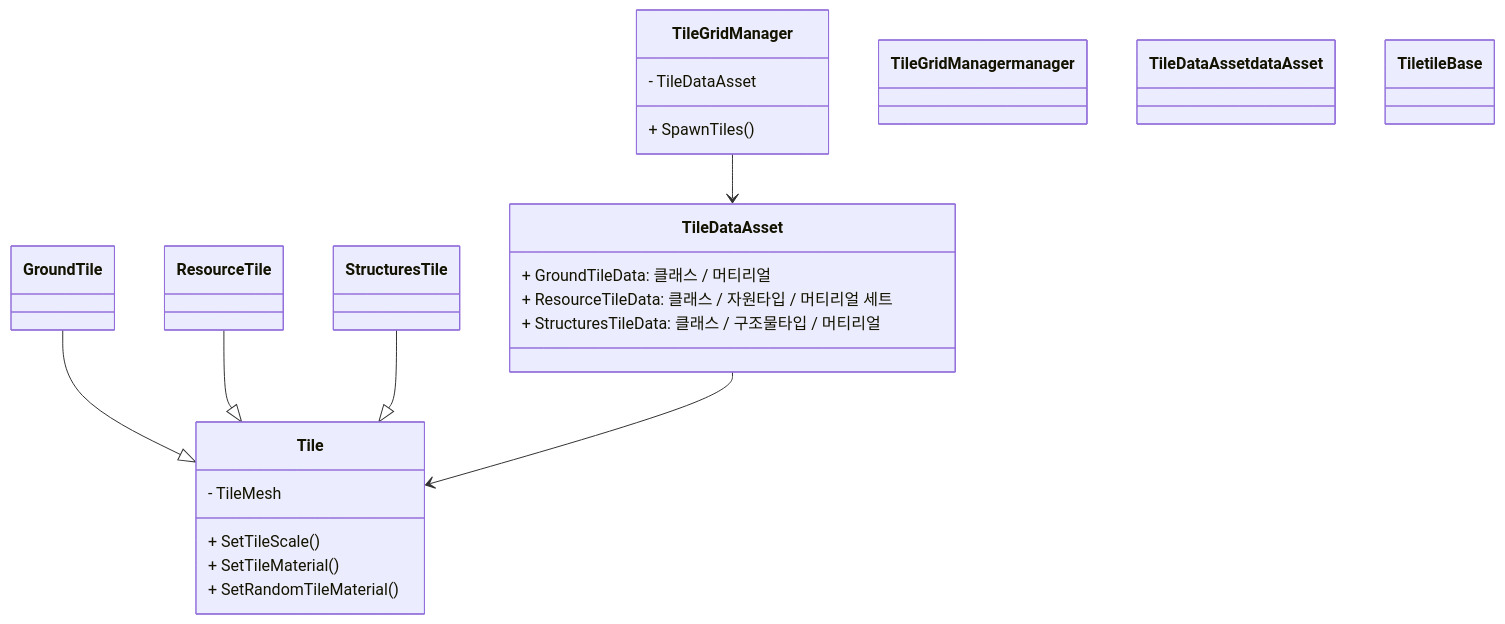
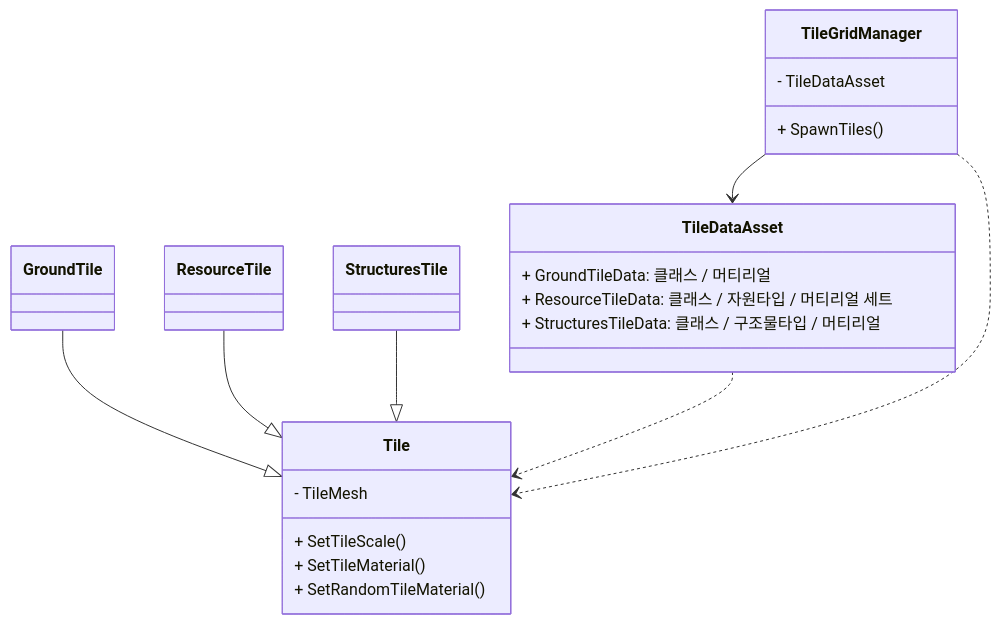
Before and after one commit to WJMcode/Project_CavesBasic: the first of 4 diagrams in README.md, drawn with Mermaid.

````diff
--- a/README.md
+++ b/README.md
@@ -1,44 +1,40 @@
 ```mermaid
+---
+config:
+  class:
+    hideEmptyMembersBox: false
+  theme: mc
+  look: classic
+---
 classDiagram
-    %% 클래스 정의
-    class TileGridManager {
-        - TileDataAsset
-        + SpawnTiles()
-    }
+direction TB
 
-    class TileDataAsset {
-        + GroundTileData: 클래스 / 머티리얼
-        + ResourceTileData: 클래스 / 자원타입 / 머티리얼 세트
-        + StructuresTileData: 클래스 / 구조물타입 / 머티리얼
-    }
+class TileGridManager {
+    - TileDataAsset
+    + SpawnTiles()
+}
+class TileDataAsset {
+    + GroundTileData: 클래스 / 머티리얼
+    + ResourceTileData: 클래스 / 자원타입 / 머티리얼 세트
+    + StructuresTileData: 클래스 / 구조물타입 / 머티리얼
+}
+class Tile {
+    - TileMesh
+    + SetTileScale()
+    + SetTileMaterial()
+    + SetRandomTileMaterial()
+}
 
-    class Tile {
-        - TileMesh
-        + SetTileScale()
-        + SetTileMaterial()
-        + SetRandomTileMaterial()
-    }
+%% Place these three explicitly after Tile in the code to ensure vertical layout
+class GroundTile
+class ResourceTile
+class StructuresTile
 
-    class GroundTile
-    class ResourceTile
-    class StructuresTile
+GroundTile --|> Tile
+ResourceTile --|> Tile
+StructuresTile --|> Tile
 
-    %% 상속 관계
-    GroundTile --|> Tile
-    ResourceTile --|> Tile
-    StructuresTile --|> Tile
-
-    %% 연관 관계
-    TileGridManager --> TileDataAsset
-    TileDataAsset --> Tile
-
-%% 스타일 정의
-classDef manager fill:#e6e6f0,stroke:#333,stroke-width:1px;
-classDef dataAsset fill:#ddeeff,stroke:#333,stroke-width:1px;
-classDef tileBase fill:#f8f8f8,stroke:#444,stroke-width:1px;
-
-%% 스타일 적용
-class TileGridManager manager
-class TileDataAsset dataAsset
-class Tile tileBase
+TileGridManager --> TileDataAsset
+TileDataAsset ..> Tile
+TileGridManager ..> Tile
 ```
````
